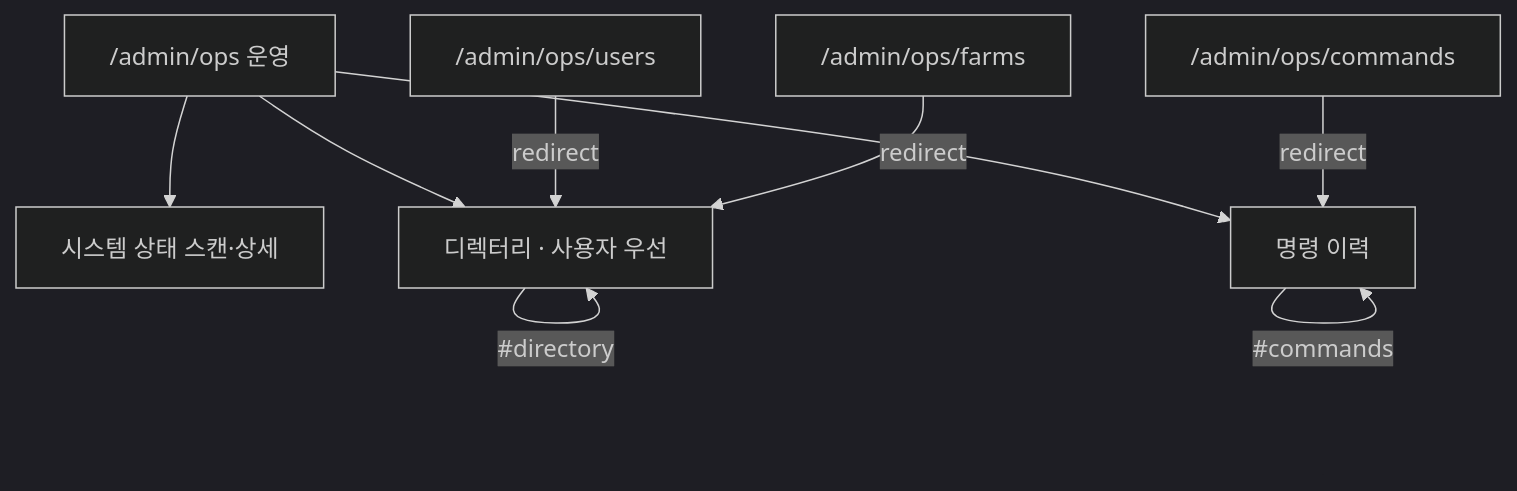
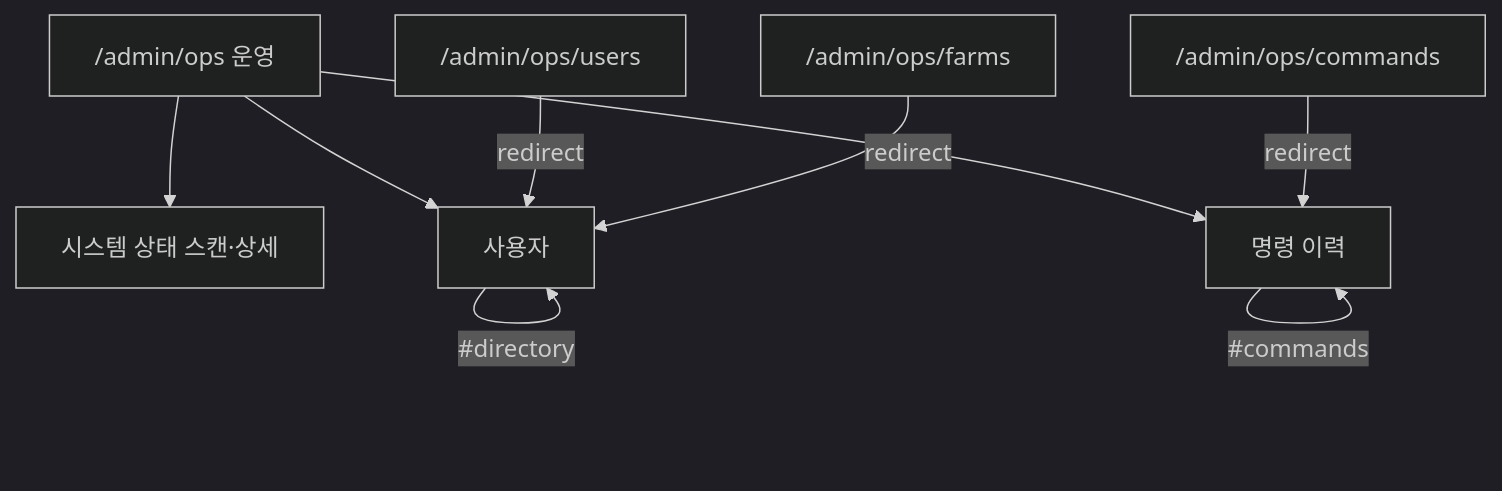
Before and after one commit to autofankorea-dev/dashboard: the third of 3 diagrams in web/docs/user-manual/10-메뉴구조도.md, drawn with Mermaid (dark theme). The commit also changed 16 other files, not shown here.

````diff
--- a/web/docs/user-manual/10-메뉴구조도.md
+++ b/web/docs/user-manual/10-메뉴구조도.md
@@ -107,13 +107,13 @@
 ```mermaid
 flowchart TD
   ops["/admin/ops 운영"] --> system["시스템 상태 스캔·상세"]
-  ops --> directory["디렉터리 · 사용자 우선"]
+  ops --> directory["사용자"]
   ops --> commands["명령 이력"]
 
   directory -->|"#directory"| directory
   commands -->|"#commands"| commands
 
   legacyUsers["/admin/ops/users"] -->|"redirect"| directory
   legacyFarms["/admin/ops/farms"] -->|"redirect"| directory
   legacyCmds["/admin/ops/commands"] -->|"redirect"| commands
 ```
````
